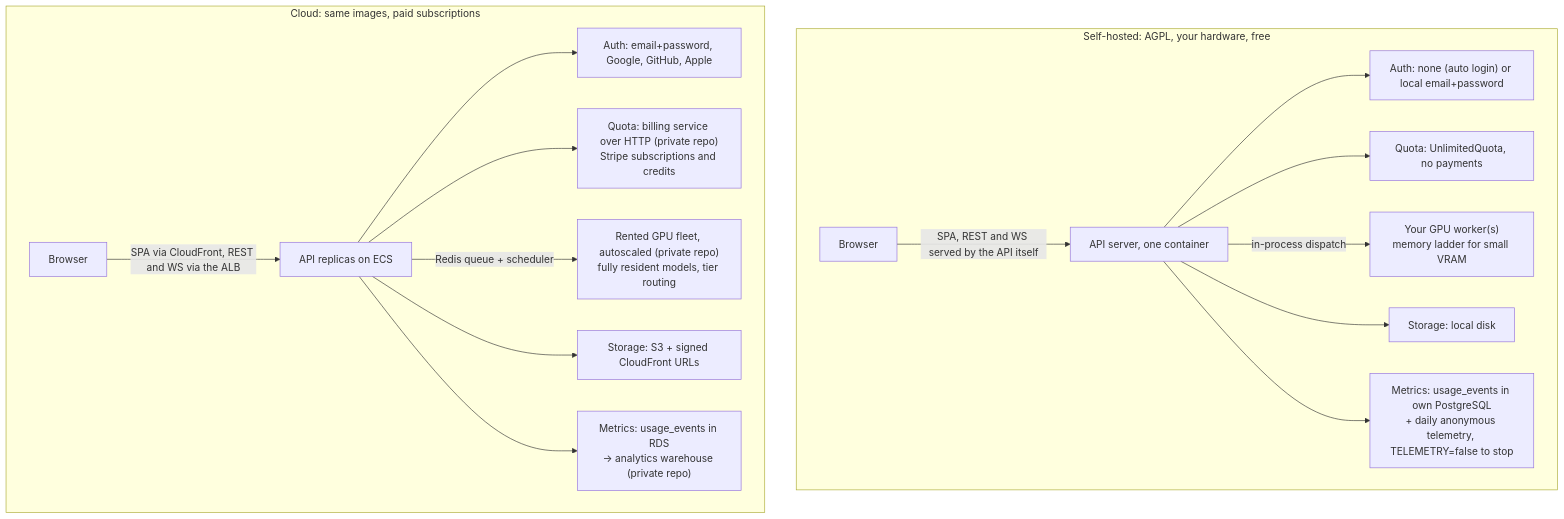
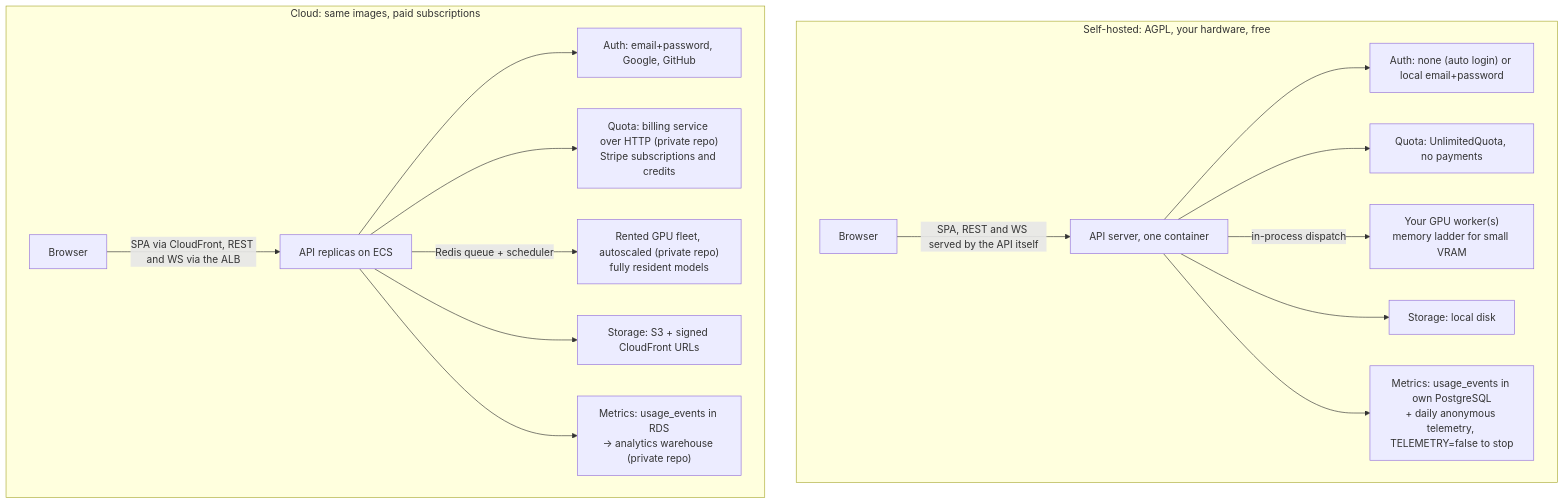
Before and after one commit to Portocolom-Studio/potocolom: the second of 2 diagrams in docs/deployment-profiles.md, drawn with Mermaid. The commit also changed 5 other files, not shown here.

````diff
--- a/docs/deployment-profiles.md
+++ b/docs/deployment-profiles.md
@@ -68,19 +68,19 @@
 ```mermaid
 flowchart TB
     subgraph SH["Self-hosted: AGPL, your hardware, free"]
         B1["Browser"] -->|"SPA, REST and WS served by the API itself"| A1["API server, one container"]
         A1 --> AU1["Auth: none (auto login) or local email+password"]
         A1 --> Q1["Quota: UnlimitedQuota, no payments"]
         A1 -->|"in-process dispatch"| W1["Your GPU worker(s)<br>memory ladder for small VRAM"]
         A1 --> S1["Storage: local disk"]
         A1 --> M1["Metrics: usage_events in own PostgreSQL<br>+ daily anonymous telemetry, TELEMETRY=false to stop"]
     end
     subgraph CL["Cloud: same images, paid subscriptions"]
         B2["Browser"] -->|"SPA via CloudFront, REST and WS via the ALB"| A2["API replicas on ECS"]
-        A2 --> AU2["Auth: email+password, Google, GitHub, Apple"]
+        A2 --> AU2["Auth: email+password, Google, GitHub"]
         A2 --> Q2["Quota: billing service over HTTP (private repo)<br>Stripe subscriptions and credits"]
-        A2 -->|"Redis queue + scheduler"| W2["Rented GPU fleet, autoscaled (private repo)<br>fully resident models, tier routing"]
+        A2 -->|"Redis queue + scheduler"| W2["Rented GPU fleet, autoscaled (private repo)<br>fully resident models"]
         A2 --> S2["Storage: S3 + signed CloudFront URLs"]
         A2 --> M2["Metrics: usage_events in RDS<br>-> analytics warehouse (private repo)"]
     end
 ```
````
